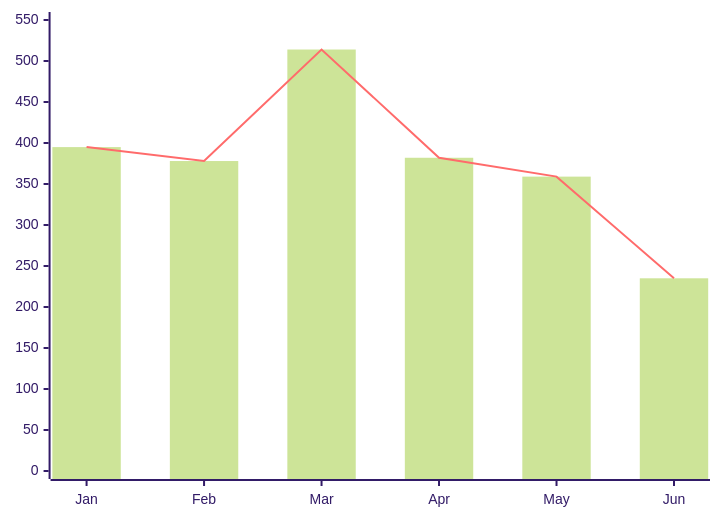
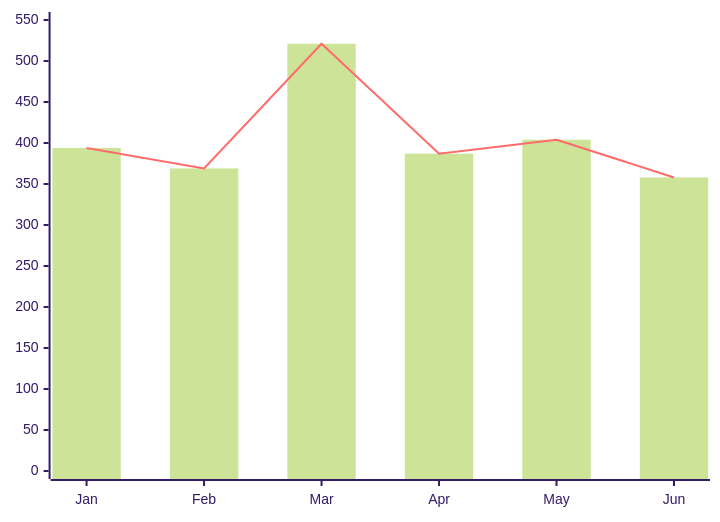
The diagram in README.md (todomain/HK-art-listings), drawn with Mermaid (forest theme) before and after one commit. The commit also changed other lines of this file and 26 other files, not shown here.

````diff
--- a/README.md
+++ b/README.md
@@ -23,7 +23,7 @@
 ```mermaid
 xychart-beta
     x-axis ["Jan", "Feb", "Mar", "Apr", "May", "Jun"]
     y-axis 0 --> 550
-    bar [395, 378, 514, 382, 359, 235]
-    line [395, 378, 514, 382, 359, 235]
+    bar [394, 369, 521, 387, 404, 358]
+    line [394, 369, 521, 387, 404, 358]
 ```
````
